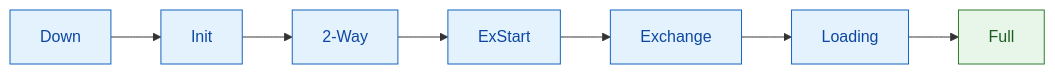
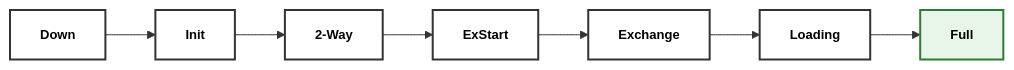
Before and after one commit to etherhtun/netforge-labs: the diagram in docs/courses/00-igp-fundamentals/02-ospf.md, drawn with Mermaid. The commit also changed 1 other file, not shown here.

Commit message:
fix: improve diagram readability in Phase 0 (light + dark mode)
The two Mermaid diagrams in Phase 0 used hard-coded Material Design colors
that looked good in light mode but were unreadable in dark mode.

Updated both diagrams:
- 01-link-state: Hello → Flood → LSDB → SPF → Routing table
- 02-ospf: Adjacency state machine (Down through Full)

Changes:
- White/light-gray backgrounds (readable in both light and dark themes)
- Dark borders (#333333) and text (#000000) for high contrast
- Larger font-size (14px, 13px) for readability
- Bold labels (emphasized with <b> tags) to pop against background

Tested: --strict clean, build succeeds.

````diff
--- a/docs/courses/00-igp-fundamentals/02-ospf.md
+++ b/docs/courses/00-igp-fundamentals/02-ospf.md
@@ -87,7 +87,7 @@
 ```mermaid
 graph LR
-    D[Down] --> I[Init] --> T["2-Way"] --> E[ExStart] --> X[Exchange] --> L[Loading] --> F[Full]
-    classDef n fill:#e3f2fd,stroke:#1565c0,color:#0d47a1;
-    classDef g fill:#e8f5e9,stroke:#2e7d32,color:#1b5e20;
-    class D,I,T,E,X,L n; class F g;
+    D["<b>Down</b>"] --> I["<b>Init</b>"] --> T["<b>2-Way</b>"] --> E["<b>ExStart</b>"] --> X["<b>Exchange</b>"] --> L["<b>Loading</b>"] --> F["<b>Full</b>"]
+    classDef progress fill:#ffffff,stroke:#333333,color:#000000,stroke-width:2px,font-size:13px;
+    classDef working fill:#e8f5e9,stroke:#2e7d32,color:#000000,stroke-width:2px,font-size:13px;
+    class D,I,T,E,X,L progress; class F working;
 ```
````
